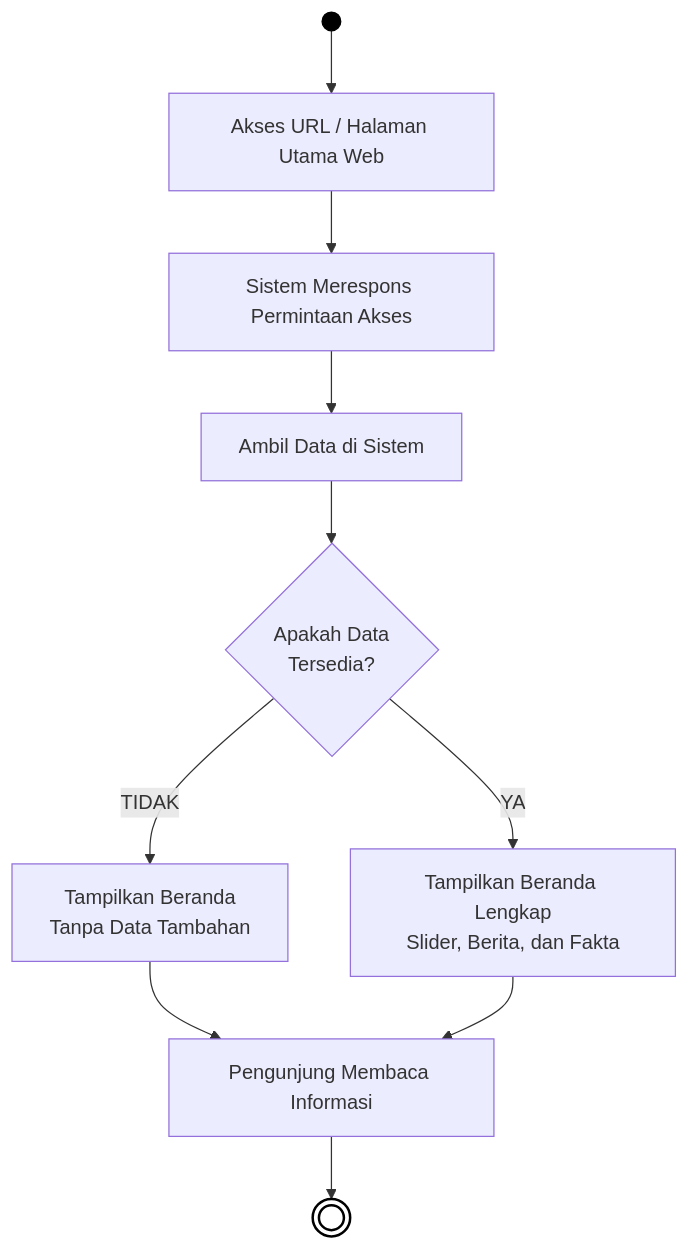
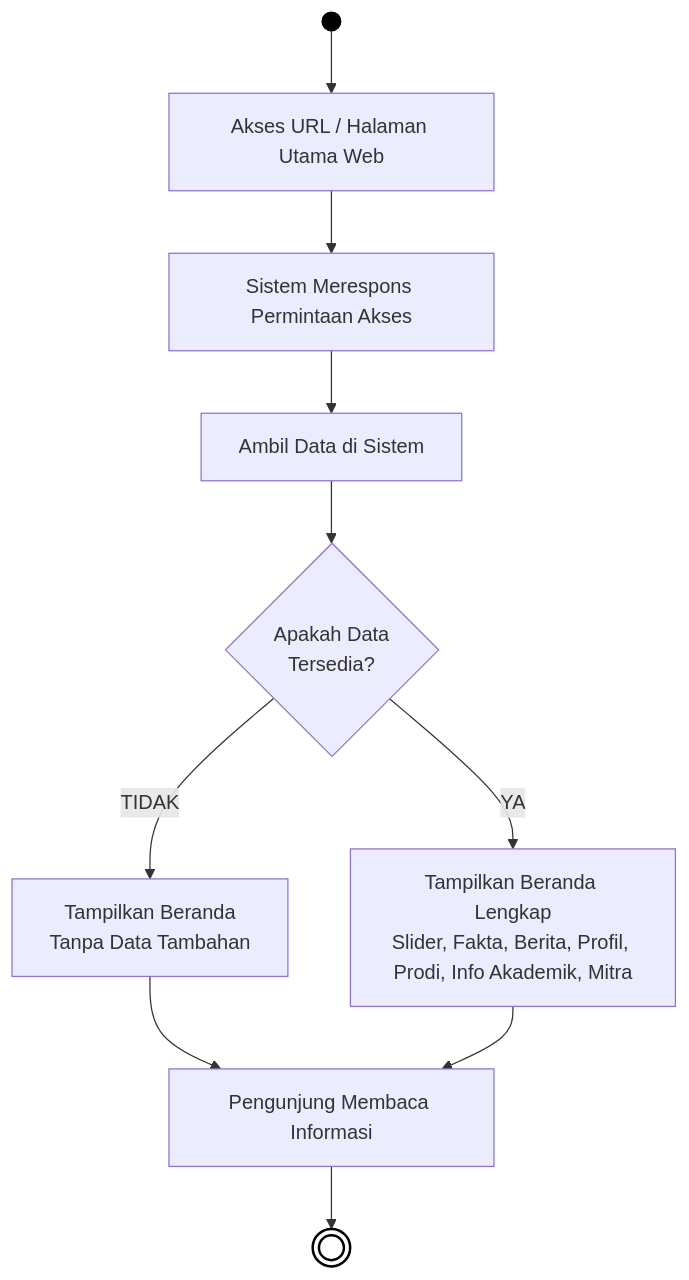
Before and after one commit to arbain-dev/Web_fikom: the diagram in docs/01B_DIAGRAM_AKTIVITAS_PUBLIK.md, drawn with Mermaid. The commit also changed other lines of this file, not shown here.

Commit message:
docs: menyesuaikan komponen diagram aktivitas beranda agar sinkron dengan keseluruhan tampilan web public

````diff
--- a/docs/01B_DIAGRAM_AKTIVITAS_PUBLIK.md
+++ b/docs/01B_DIAGRAM_AKTIVITAS_PUBLIK.md
@@ -12,19 +12,19 @@
 ```mermaid
 flowchart TD
     Start(( )) --> A[Akses URL / Halaman Utama Web]
     
     A --> B[Sistem Merespons Permintaan Akses]
     B --> C[Ambil Data di Sistem]
     C --> D{Apakah Data\nTersedia?}
     
     D -- TIDAK --> E[Tampilkan Beranda\nTanpa Data Tambahan]
     E --> G
     
-    D -- YA --> F[Tampilkan Beranda Lengkap\nSlider, Berita, dan Fakta]
+    D -- YA --> F[Tampilkan Beranda Lengkap\nSlider, Fakta, Berita, Profil, Prodi, Info Akademik, Mitra]
     F --> G
     
     G[Pengunjung Membaca Informasi] --> End((( )))
     
     style Start fill:#000,stroke:#000,color:#000
     style End fill:#fff,stroke:#000,stroke-width:2px
 ```
````
